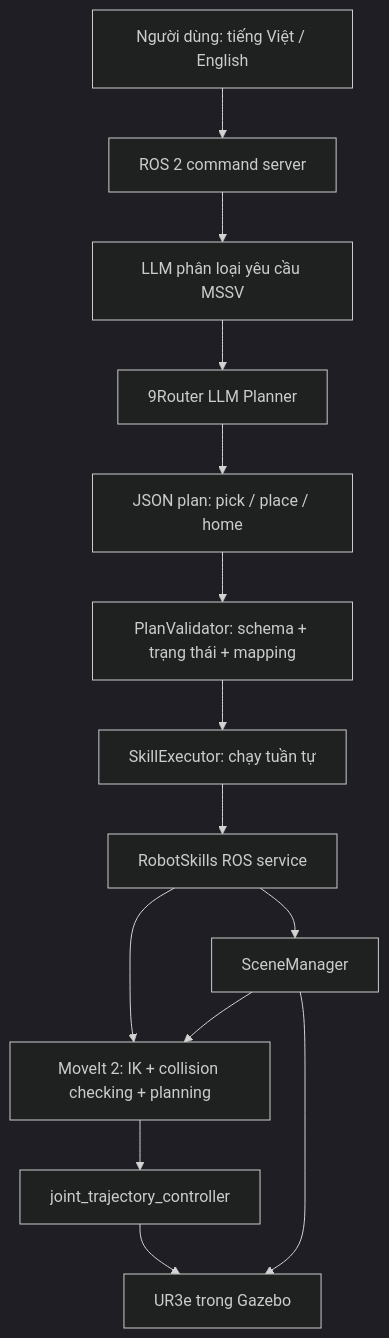
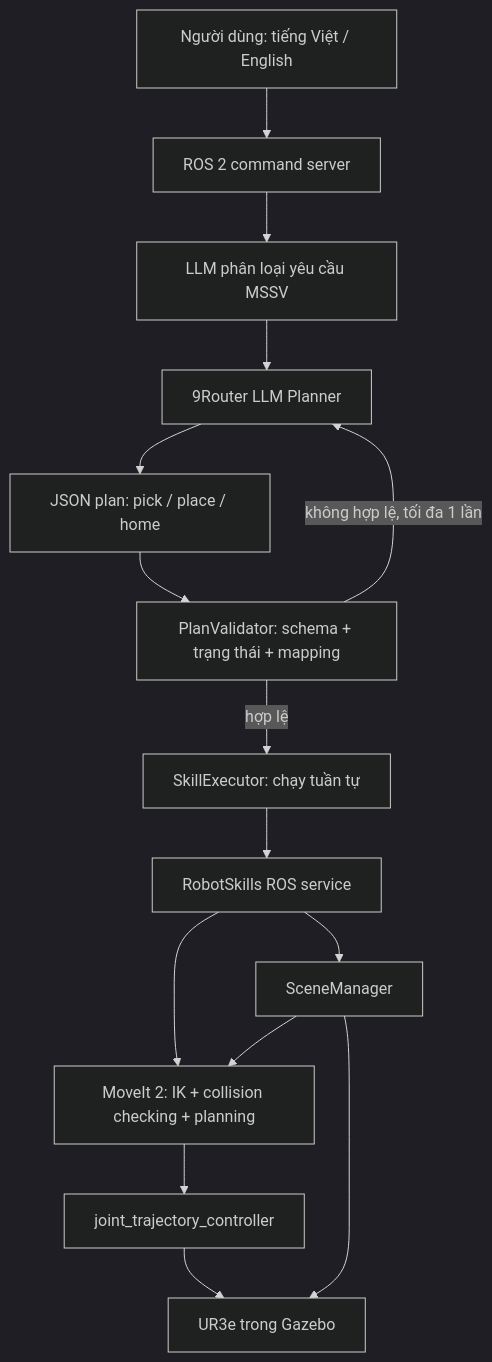
Before and after one commit to kieudung12/HRI_k68e-re: the diagram in README.md, drawn with Mermaid (dark theme). The commit also changed other lines of this file and 7 other files, not shown here.

````diff
--- a/README.md
+++ b/README.md
@@ -19,16 +19,17 @@
 ```mermaid
 flowchart TD
   U[Người dùng: tiếng Việt / English] --> C[ROS 2 command server]
   C --> I[LLM phân loại yêu cầu MSSV]
   I --> L[9Router LLM Planner]
   L --> J[JSON plan: pick / place / home]
   J --> V[PlanValidator: schema + trạng thái + mapping]
-  V --> E[SkillExecutor: chạy tuần tự]
+  V -->|hợp lệ| E[SkillExecutor: chạy tuần tự]
+  V -->|không hợp lệ, tối đa 1 lần| L
   E --> R[RobotSkills ROS service]
   R --> M[MoveIt 2: IK + collision checking + planning]
   M --> T[joint_trajectory_controller]
   T --> G[UR3e trong Gazebo]
   R --> S[SceneManager]
   S --> M
   S --> G
 ```
````
